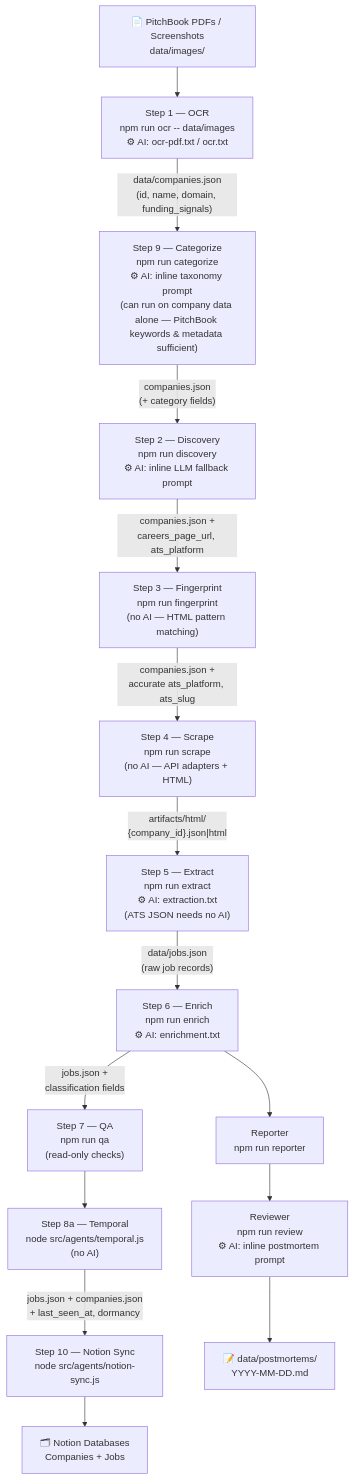
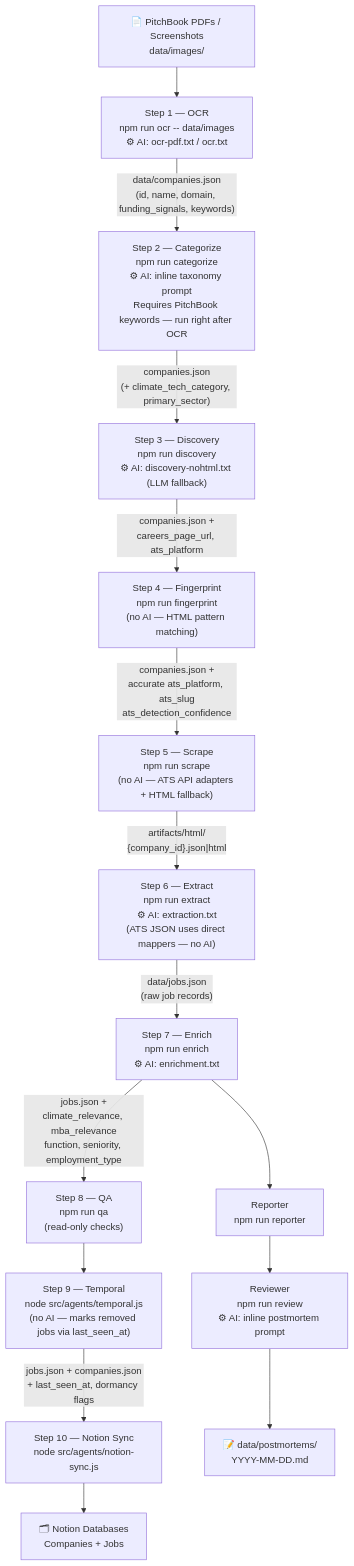
One commit to walshkang/csb-job-board changed the first of 2 diagrams in README.md. Above: the diagram before and after it, drawn with Mermaid. The commit also changed other lines of this file, not shown here.

Commit message:
docs: fix pipeline diagram — correct step order, numbering, and prompt locations
- Renumber steps 1-10 to match actual execution order (Categorize was mislabeled Step 9)
- Move discovery-nohtml.txt from "inline" to the Prompts subgraph
- Add ats_detection_confidence to Fingerprint output label
- Add enrichment output fields to Enrich label
- Split OCR node in prompts diagram to show both screenshot and PDF paths

````diff
--- a/README.md
+++ b/README.md
@@ -219,39 +219,39 @@
 ```mermaid
 flowchart TD
     SRC["📄 PitchBook PDFs / Screenshots\ndata/images/"]
 
     SRC --> S1["Step 1 — OCR\nnpm run ocr -- data/images\n⚙ AI: ocr-pdf.txt / ocr.txt"]
-    S1 -->|"data/companies.json\n(id, name, domain, funding_signals)"| S9
+    S1 -->|"data/companies.json\n(id, name, domain, funding_signals, keywords)"| S2
 
-    S9["Step 9 — Categorize\nnpm run categorize\n⚙ AI: inline taxonomy prompt\n(can run on company data alone — PitchBook keywords & metadata sufficient)"]
-    S9 -->|"companies.json\n(+ category fields)"| S2
+    S2["Step 2 — Categorize\nnpm run categorize\n⚙ AI: inline taxonomy prompt\nRequires PitchBook keywords — run right after OCR"]
+    S2 -->|"companies.json\n(+ climate_tech_category, primary_sector)"| S3
 
-    S2["Step 2 — Discovery\nnpm run discovery\n⚙ AI: inline LLM fallback prompt"]
-    S2 -->|"companies.json +\ncareers_page_url, ats_platform"| S3
+    S3["Step 3 — Discovery\nnpm run discovery\n⚙ AI: discovery-nohtml.txt (LLM fallback)"]
+    S3 -->|"companies.json +\ncareers_page_url, ats_platform"| S4
 
-    S3["Step 3 — Fingerprint\nnpm run fingerprint\n(no AI — HTML pattern matching)"]
-    S3 -->|"companies.json +\naccurate ats_platform, ats_slug"| S4
+    S4["Step 4 — Fingerprint\nnpm run fingerprint\n(no AI — HTML pattern matching)"]
+    S4 -->|"companies.json +\naccurate ats_platform, ats_slug\nats_detection_confidence"| S5
 
-    S4["Step 4 — Scrape\nnpm run scrape\n(no AI — API adapters + HTML)"]
-    S4 -->|"artifacts/html/\n{company_id}.json|html"| S5
+    S5["Step 5 — Scrape\nnpm run scrape\n(no AI — ATS API adapters + HTML fallback)"]
+    S5 -->|"artifacts/html/\n{company_id}.json|html"| S6
 
-    S5["Step 5 — Extract\nnpm run extract\n⚙ AI: extraction.txt\n(ATS JSON needs no AI)"]
-    S5 -->|"data/jobs.json\n(raw job records)"| S6
+    S6["Step 6 — Extract\nnpm run extract\n⚙ AI: extraction.txt\n(ATS JSON uses direct mappers — no AI)"]
+    S6 -->|"data/jobs.json\n(raw job records)"| S7
 
-    S6["Step 6 — Enrich\nnpm run enrich\n⚙ AI: enrichment.txt"]
-    S6 -->|"jobs.json +\nclassification fields"| S7
+    S7["Step 7 — Enrich\nnpm run enrich\n⚙ AI: enrichment.txt"]
+    S7 -->|"jobs.json +\nclimate_relevance, mba_relevance\nfunction, seniority, employment_type"| S8
 
-    S7["Step 7 — QA\nnpm run qa\n(read-only checks)"]
-    S7 --> S8T
+    S8["Step 8 — QA\nnpm run qa\n(read-only checks)"]
+    S8 --> S9
 
-    S8T["Step 8a — Temporal\nnode src/agents/temporal.js\n(no AI)"]
-    S8T -->|"jobs.json + companies.json\n+ last_seen_at, dormancy"| S8N
+    S9["Step 9 — Temporal\nnode src/agents/temporal.js\n(no AI — marks removed jobs via last_seen_at)"]
+    S9 -->|"jobs.json + companies.json\n+ last_seen_at, dormancy flags"| S10
 
-    S8N["Step 10 — Notion Sync\nnode src/agents/notion-sync.js"]
-    S8N --> NOTION["🗂 Notion Databases\nCompanies + Jobs"]
+    S10["Step 10 — Notion Sync\nnode src/agents/notion-sync.js"]
+    S10 --> NOTION["🗂 Notion Databases\nCompanies + Jobs"]
 
-    S6 --> OBS1
+    S7 --> OBS1
     OBS1["Reporter\nnpm run reporter"]
     OBS1 --> OBS2["Reviewer\nnpm run review\n⚙ AI: inline postmortem prompt"]
     OBS2 --> PM["📝 data/postmortems/\nYYYY-MM-DD.md"]
 ```
````
